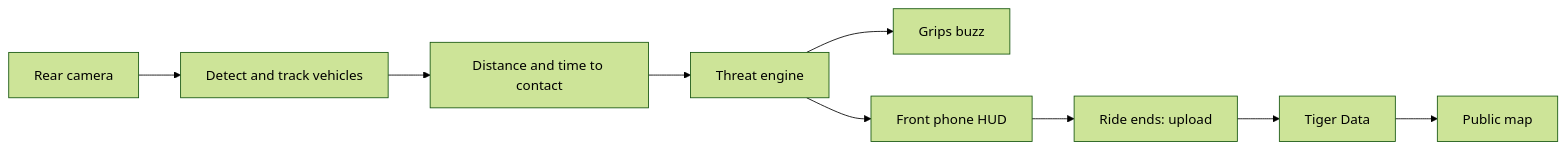
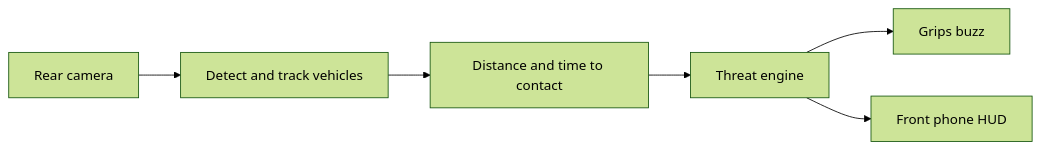
One commit to mdadfarr/4sight changed the diagram in README.md. Above: the diagram before and after it, drawn with Mermaid (forest theme). The commit also changed other lines of this file and 58 other files, not shown here.

````diff
--- a/README.md
+++ b/README.md
@@ -27,11 +24,8 @@
 ```mermaid
 flowchart LR
   A[Rear camera] --> B[Detect and track vehicles]
   B --> C[Distance and time to contact]
   C --> D[Threat engine]
   D --> E[Grips buzz]
   D --> F[Front phone HUD]
-  F --> G[Ride ends: upload]
-  G --> H[Tiger Data]
-  H --> I[Public map]
 ```
````
